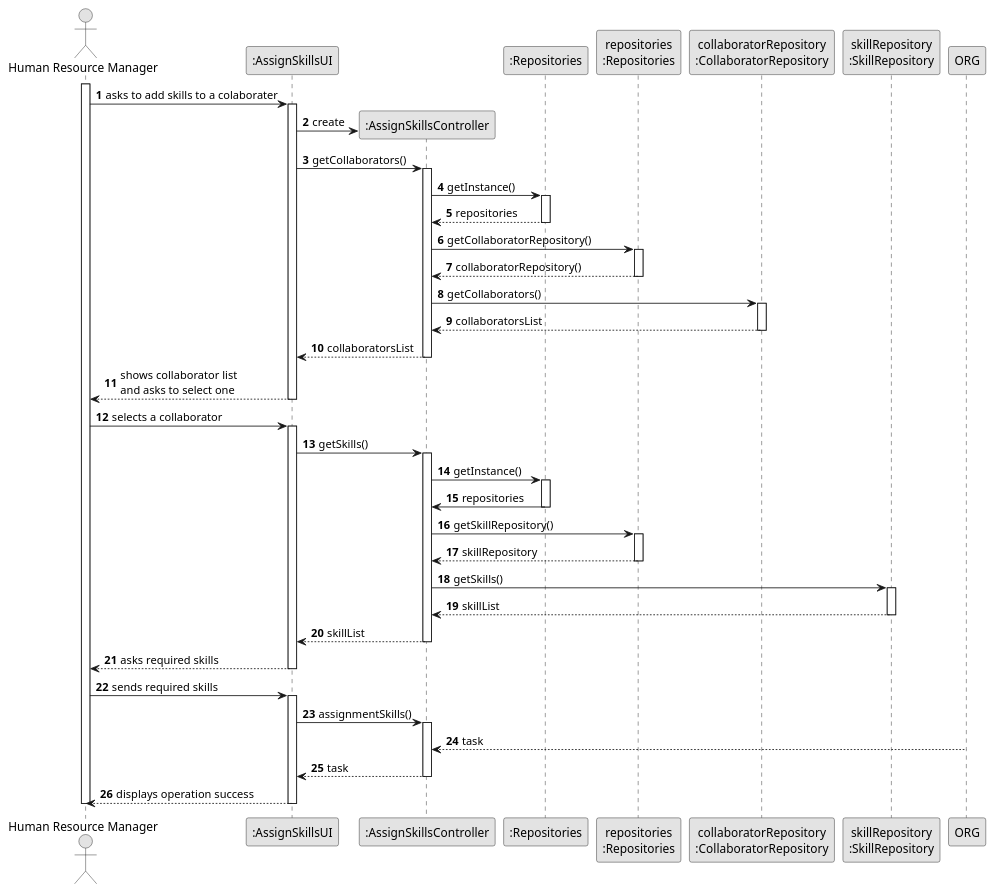
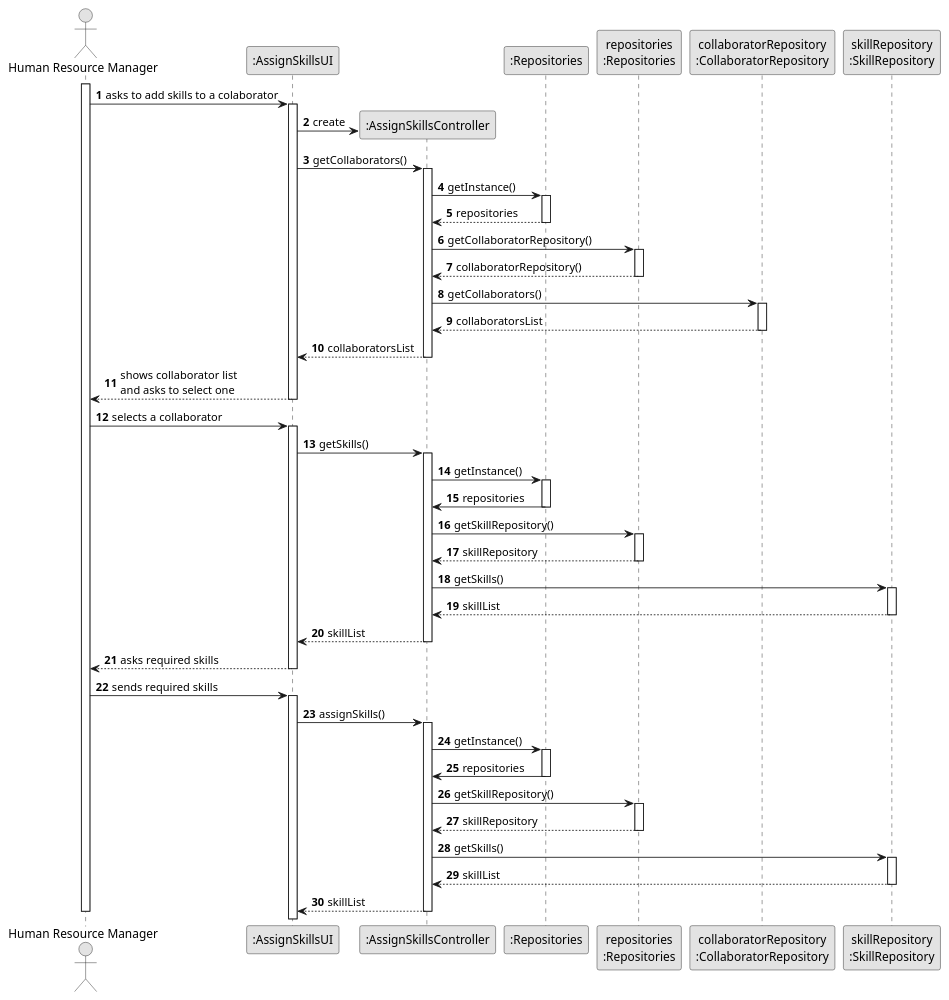
One commit to Departamento-de-Engenharia-Informatica/lei-24-s2-1do-g164 changed the diagram in docs/sprintB/us004/03.design/puml/us006-sequence-diagram-full.puml. Above: the diagram before and after it, drawn with PlantUML.

Commit message:
US04(docs):corrections

```diff
--- a/docs/sprintB/us004/03.design/puml/us006-sequence-diagram-full.puml
+++ b/docs/sprintB/us004/03.design/puml/us006-sequence-diagram-full.puml
@@ -1,96 +1,105 @@
 @startuml
 skinparam monochrome true
 skinparam packageStyle rectangle
     skinparam shadowing false
 
     autonumber
 
     'hide footbox
     actor "Human Resource Manager" as HRM
     participant ":AssignSkillsUI" as UI
     participant ":AssignSkillsController" as CTRL
     participant ":Repositories" as RepositorySingleton
     participant "repositories\n:Repositories" as PLAT
     participant "collaboratorRepository\n:CollaboratorRepository" as TaskCategoryRepository
     participant "skillRepository\n:SkillRepository" as SkillRepository
     activate HRM
 
-            HRM -> UI : asks to add skills to a colaborater
+            HRM -> UI : asks to add skills to a colaborator
 
             activate UI
 
     '            UI --> ADM : requests data (reference, description,  informal \n description, technical description, duration, cost)
                 'create CTRL
                 UI -> CTRL** : create
 
                 UI -> CTRL : getCollaborators()
                 activate CTRL
 
                     CTRL -> RepositorySingleton : getInstance()
                     activate RepositorySingleton
 
                         RepositorySingleton --> CTRL: repositories
                     deactivate RepositorySingleton
 
                     CTRL -> PLAT : getCollaboratorRepository()
                     activate PLAT
 
                         PLAT --> CTRL: collaboratorRepository()
                     deactivate PLAT
 
                     CTRL -> TaskCategoryRepository : getCollaborators()
                     activate TaskCategoryRepository
 
                         TaskCategoryRepository --> CTRL : collaboratorsList
                     deactivate TaskCategoryRepository
 
                     CTRL --> UI : collaboratorsList
                 deactivate CTRL
 
                 UI --> HRM : shows collaborator list\nand asks to select one
             deactivate UI
 
         HRM -> UI : selects a collaborator
         activate UI
 
            UI -> CTRL : getSkills()
                activate CTRL
                  CTRL -> RepositorySingleton : getInstance()
                  activate RepositorySingleton
                    RepositorySingleton -> CTRL : repositories
                  deactivate RepositorySingleton
 
                  CTRL -> PLAT : getSkillRepository()
                  activate PLAT
                    PLAT --> CTRL : skillRepository
                  deactivate PLAT
 
                  CTRL -> SkillRepository : getSkills()
                  activate SkillRepository
                    SkillRepository --> CTRL : skillList
                  deactivate SkillRepository
                  CTRL --> UI : skillList
                deactivate CTRL
 
                UI --> HRM : asks required skills
              deactivate UI
 
              HRM -> UI : sends required skills
              activate UI
-               UI -> CTRL :assignmentSkills()
+               UI -> CTRL :assignSkills()
                         activate CTRL
+               CTRL -> RepositorySingleton : getInstance()
+                                         activate RepositorySingleton
+                                           RepositorySingleton -> CTRL : repositories
+                                         deactivate RepositorySingleton
+
+                                         CTRL -> PLAT : getSkillRepository()
+                                         activate PLAT
+                                           PLAT --> CTRL : skillRepository
+                                         deactivate PLAT
+
+                                         CTRL -> SkillRepository : getSkills()
+                                         activate SkillRepository
+                                           SkillRepository --> CTRL : skillList
+                                         deactivate SkillRepository
+                                         CTRL --> UI : skillList
+                                       deactivate CTRL
 
 
 
-                    ORG --> CTRL : task
 
-                deactivate ORG
-
-                CTRL --> UI: task
-                deactivate CTRL
-                UI --> HRM: displays operation success
-        deactivate UI
 
     deactivate HRM
 
 @enduml
```
